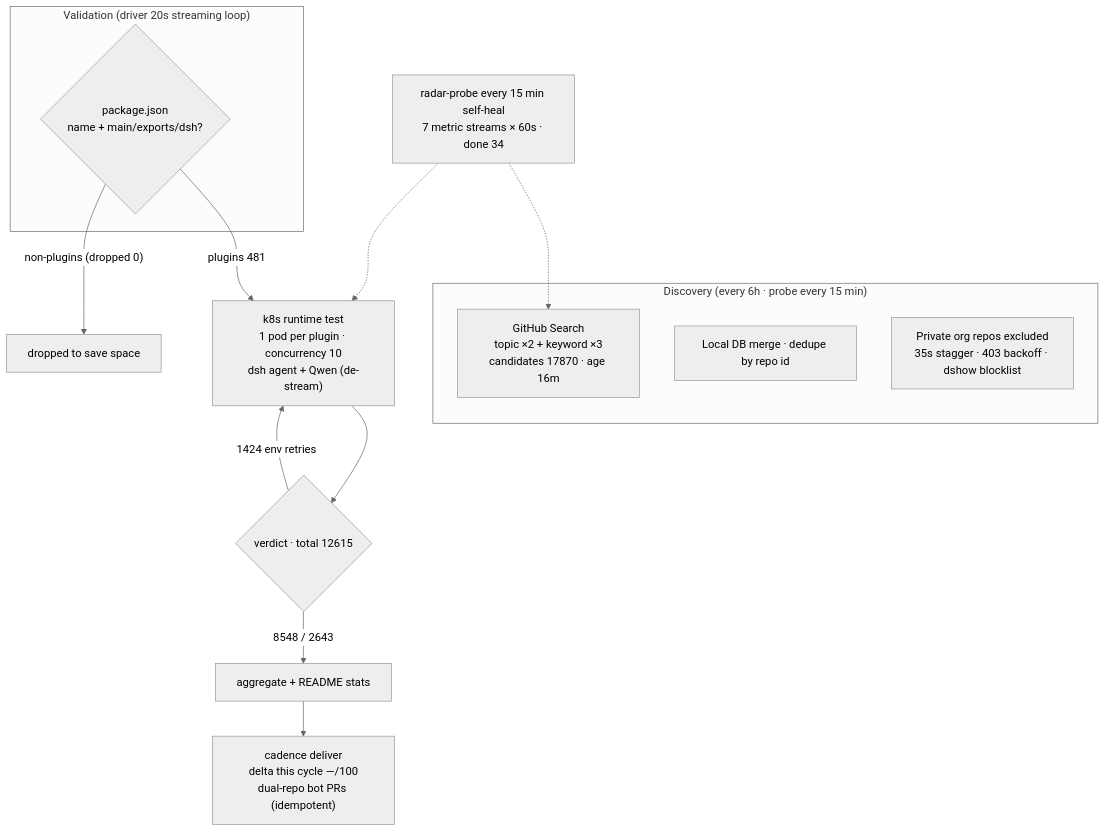
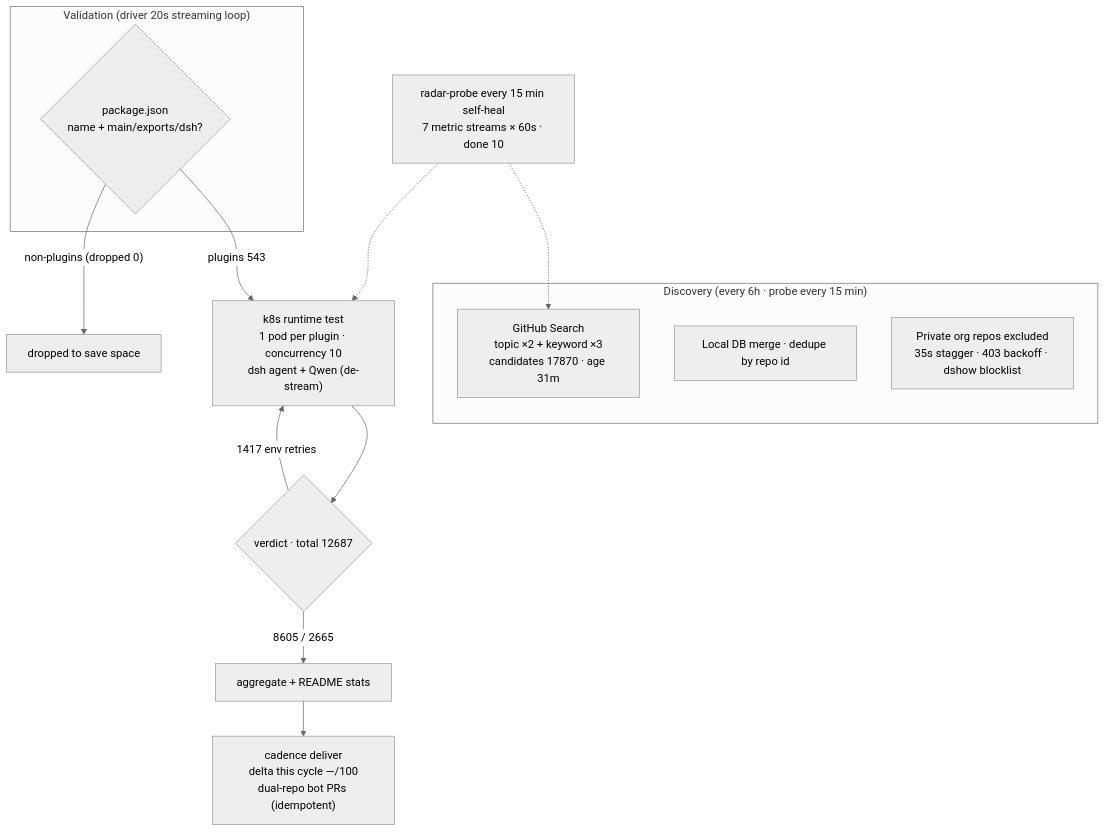
One commit to AdamPlatin123/awesome-dsh-plugins changed the diagram in README.en-US.md. Above: the diagram before and after it, drawn with Mermaid (neutral theme). The commit also changed other lines of this file and 5 other files, not shown here.

````diff
--- a/README.en-US.md
+++ b/README.en-US.md
@@ -45,20 +45,20 @@
 ```mermaid
 flowchart TB
     subgraph Discovery["Discovery (every 6h · probe every 15 min)"]
-        A1["GitHub Search<br/>topic ×2 + keyword ×3<br/>candidates 17870 · age 16m"]
+        A1["GitHub Search<br/>topic ×2 + keyword ×3<br/>candidates 17870 · age 31m"]
         A2["Local DB merge · dedupe by repo id"]
         A3["Private org repos excluded<br/>35s stagger · 403 backoff · dshow blocklist"]
     end
     subgraph Validation["Validation (driver 20s streaming loop)"]
         B1{"package.json<br/>name + main/exports/dsh?"}
     end
-    B1 -->|"plugins 481"| C1["k8s runtime test<br/>1 pod per plugin · concurrency 10<br/>dsh agent + Qwen (de-stream)"]
+    B1 -->|"plugins 543"| C1["k8s runtime test<br/>1 pod per plugin · concurrency 10<br/>dsh agent + Qwen (de-stream)"]
     B1 -->|"non-plugins (dropped 0)"| B3["dropped to save space"]
-    C1 --> D1{"verdict · total 12615"}
-    D1 -->|"8548 / 2643"| E1["aggregate + README stats"]
-    D1 -->|"1424 env retries"| C1
+    C1 --> D1{"verdict · total 12687"}
+    D1 -->|"8605 / 2665"| E1["aggregate + README stats"]
+    D1 -->|"1417 env retries"| C1
     E1 --> E2["cadence deliver<br/>delta this cycle —/100<br/>dual-repo bot PRs (idempotent)"]
-    M["radar-probe every 15 min self-heal<br/>7 metric streams × 60s · done 34"]
+    M["radar-probe every 15 min self-heal<br/>7 metric streams × 60s · done 10"]
     M -.-> A1
     M -.-> C1
 ```
````
